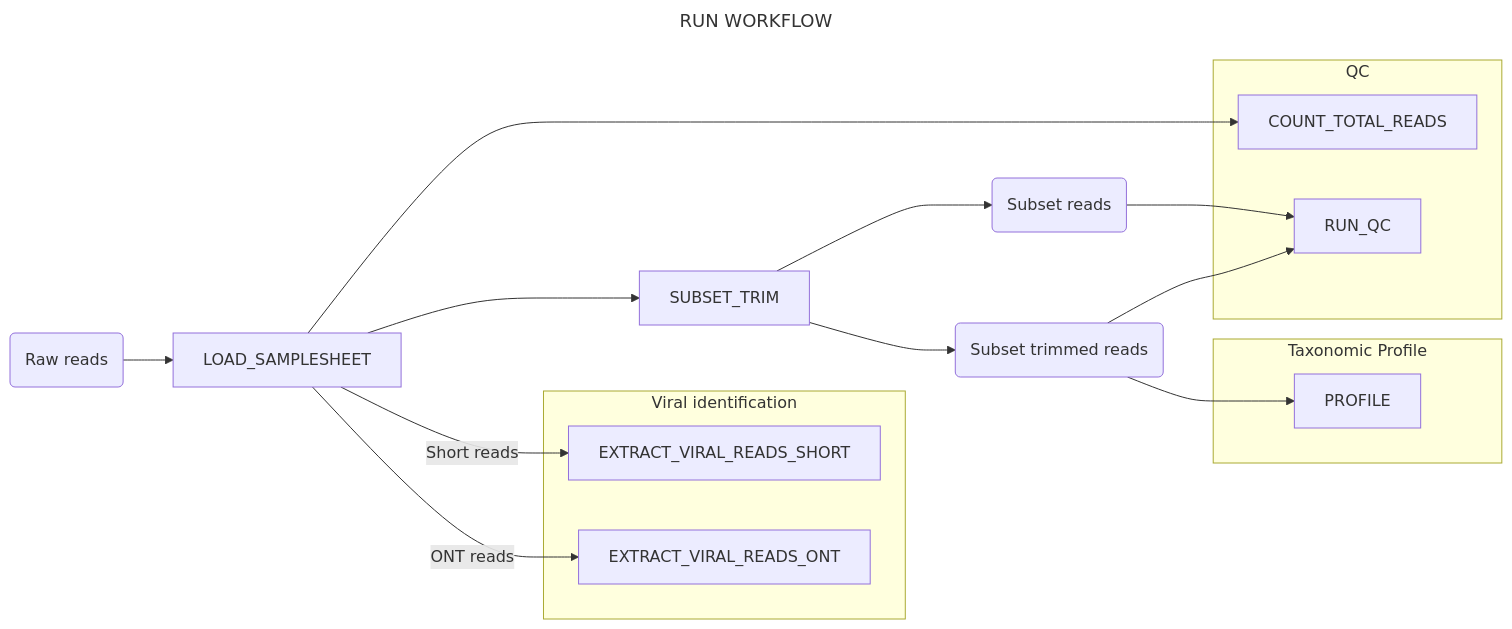
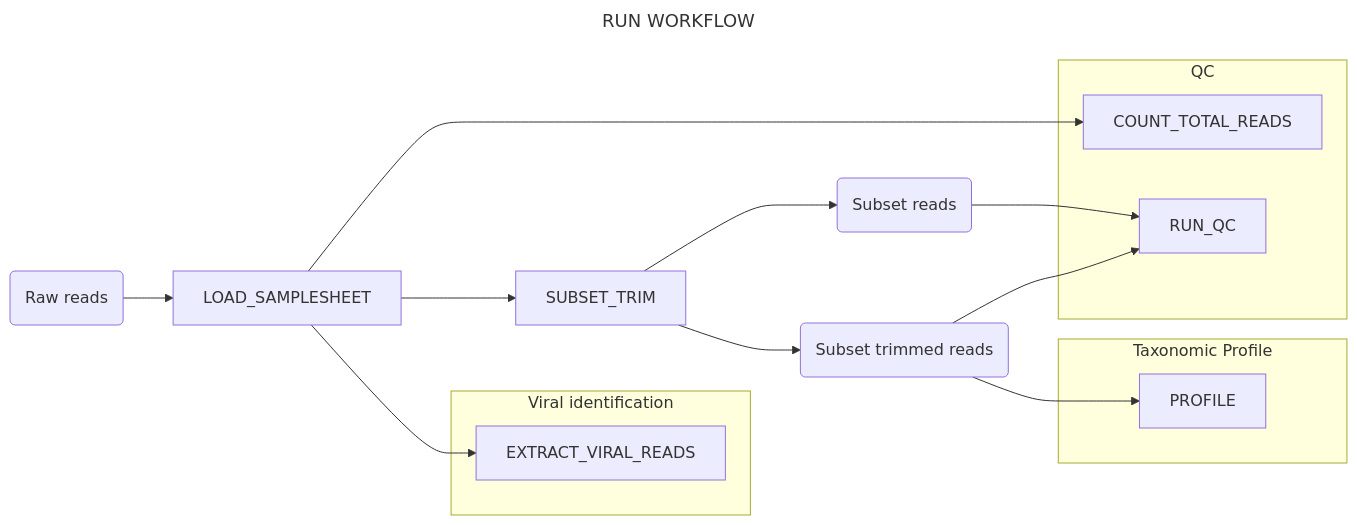
The first of 9 diagrams in docs/run.md (securebio/nao-mgs-workflow), drawn with Mermaid before and after one commit. The commit also changed 2 other files, not shown here.

Commit message:
Address review: fix params mutation, update diagram and comments
- Use params_map + [...] instead of in-place mutation in EXTRACT_VIRAL_READS
- Update Mermaid diagram in docs/run.md to show single EXTRACT_VIRAL_READS node
- Clarify PROFILE params_map comment to say 'Uses:' instead of listing as interface

````diff
--- a/docs/run.md
+++ b/docs/run.md
@@ -7,28 +7,26 @@
 ```mermaid
 ---
 title: RUN WORKFLOW
 config:
   layout: horizontal
 ---
 flowchart LR
 A(Raw reads) --> B[LOAD_SAMPLESHEET]
 B --> C[COUNT_TOTAL_READS] & E[SUBSET_TRIM]
-B --> |Short reads|D1[EXTRACT_VIRAL_READS_SHORT]
-B --> |ONT reads|D2[EXTRACT_VIRAL_READS_ONT]
+B --> D[EXTRACT_VIRAL_READS]
 E --> I(Subset reads)
 E --> J(Subset trimmed reads)
 J --> G[RUN_QC] & H[PROFILE]
 I --> G[RUN_QC]
 %% Adjust layout by placing subgraphs in specific order
 subgraph "Viral identification"
-D1
-D2
+D
 end
 subgraph "Taxonomic Profile"
 H
 end
 subgraph "QC"
 C
 G
 end
 ```
````
